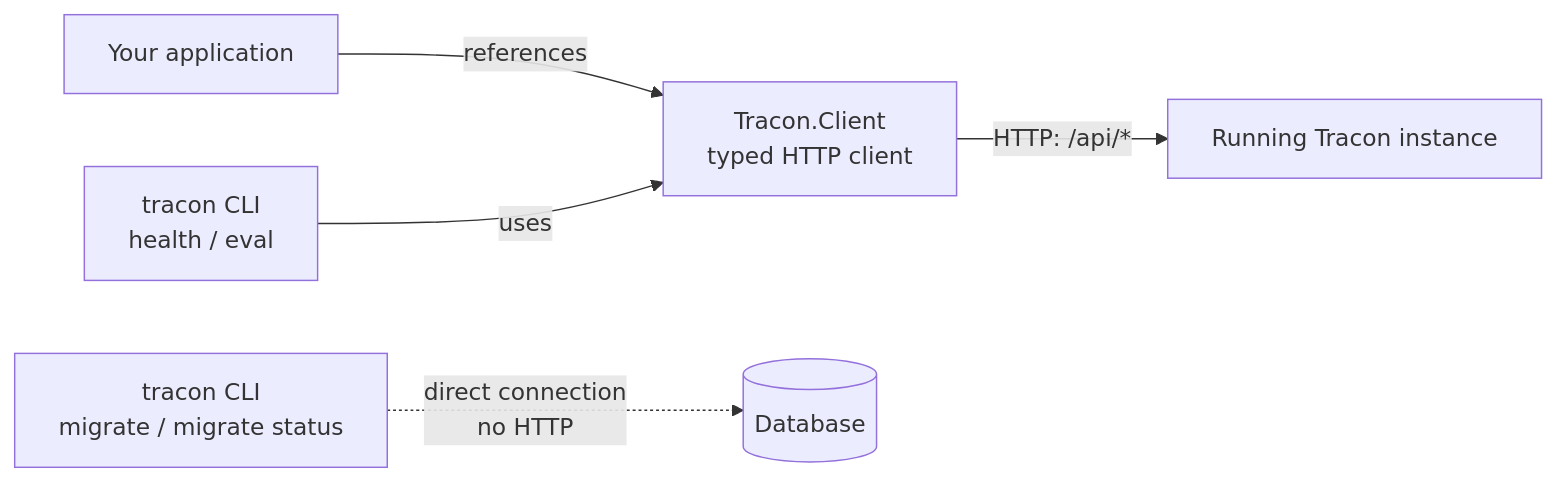
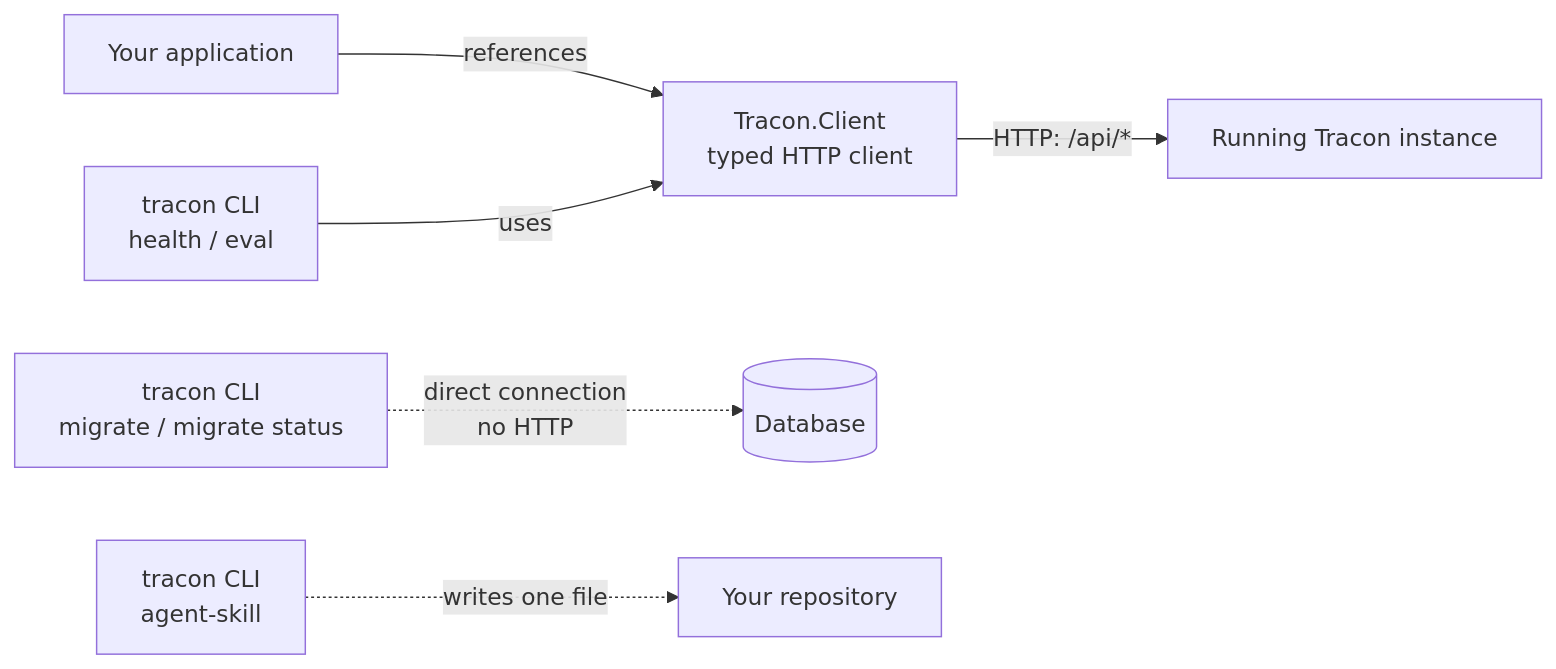
One commit to farukatasoy/Tracon changed the diagram in docs-site/src/content/docs/guides/cli.md. Above: the diagram before and after it, drawn with Mermaid. The commit also changed other lines of this file and 30 other files, not shown here.

````diff
--- a/docs-site/src/content/docs/guides/cli.md
+++ b/docs-site/src/content/docs/guides/cli.md
@@ -17,9 +17,10 @@
 ```mermaid
 flowchart LR
     accTitle: Two ways to reach a running Tracon instance
-    accDescr: A separate application references Tracon.Client directly over HTTP. The tracon CLI wraps that same client for its health command, and talks to the database directly for migrate, because the application has not started yet at that point.
+    accDescr: A separate application references Tracon.Client directly over HTTP. The tracon CLI wraps that same client for its health command, talks to the database directly for migrate, because the application has not started yet at that point, and writes one file into your repository for agent-skill.
     APP["Your application"] -->|"references"| CLIENT["Tracon.Client<br/>typed HTTP client"]
     CLIENT -->|"HTTP: /api/*"| SERVER["Running Tracon instance"]
     CLI["tracon CLI<br/>health / eval"] -->|"uses"| CLIENT
     CLI2["tracon CLI<br/>migrate / migrate status"] -.->|"direct connection<br/>no HTTP"| DB[("Database")]
+    CLI3["tracon CLI<br/>agent-skill"] -.->|"writes one file"| FS["Your repository"]
 ```
````
